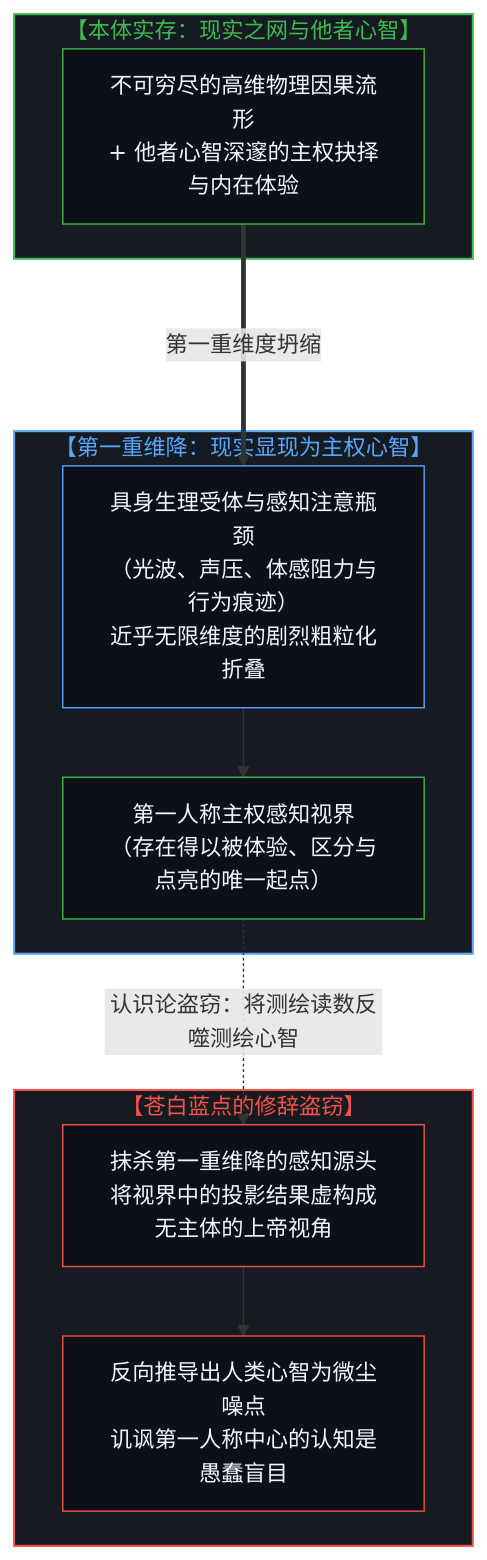
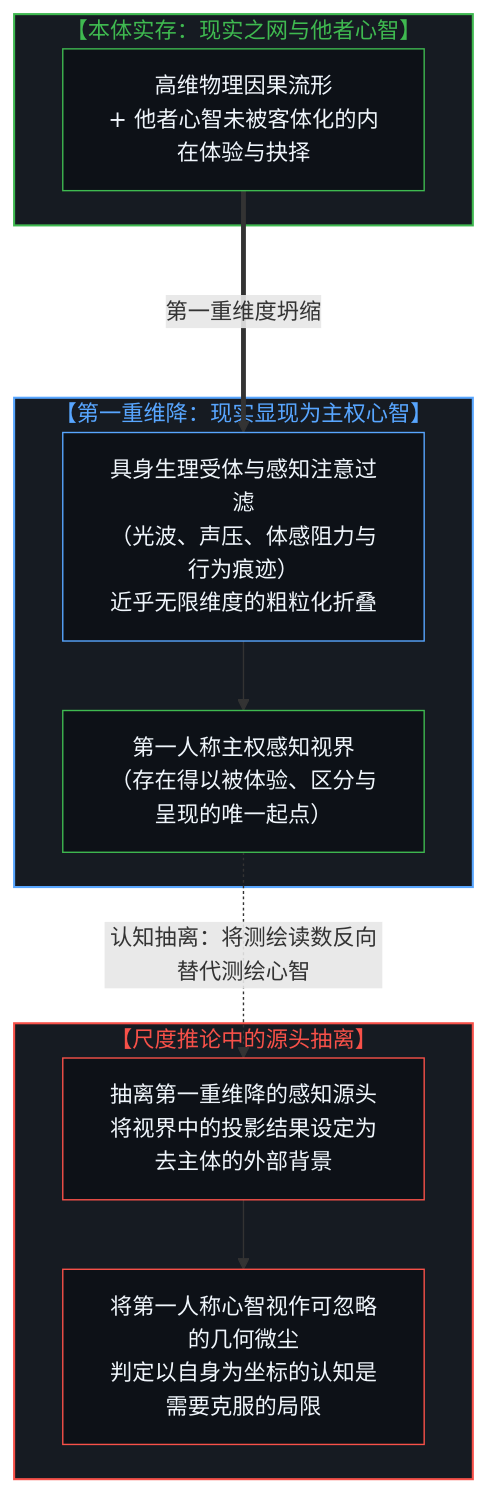
One commit to powerpig99/not-a-toe changed the first of 8 diagrams in content/posts/one-cannot-escape-ones-own-mind.md. Above: the diagram before and after it, drawn with Mermaid. The commit also changed other lines of this file and 2 other files, not shown here.

````diff
--- a/content/posts/one-cannot-escape-ones-own-mind.md
+++ b/content/posts/one-cannot-escape-ones-own-mind.md
@@ -13,30 +13,30 @@
 ```mermaid
 flowchart TD
     subgraph S_RealityOrigin ["【本体实存：现实之网与他者心智】"]
-        R1["不可穷尽的高维物理因果流形<br/>+ 他者心智深邃的主权抉择与内在体验"]
+        R1["高维物理因果流形<br/>+ 他者心智未被客体化的内在体验与抉择"]
     end
 
     subgraph S_FirstCollapse ["【第一重维降：现实显现为主权心智】"]
-        C1["具身生理受体与感知注意瓶颈<br/>（光波、声压、体感阻力与行为痕迹）<br/>近乎无限维度的剧烈粗粒化折叠"]
-        M1["第一人称主权感知视界<br/>（存在得以被体验、区分与点亮的唯一起点）"]
+        C1["具身生理受体与感知注意过滤<br/>（光波、声压、体感阻力与行为痕迹）<br/>近乎无限维度的粗粒化折叠"]
+        M1["第一人称主权感知视界<br/>（存在得以被体验、区分与呈现的唯一起点）"]
         C1 --> M1
     end
 
-    subgraph S_TheftInversion ["【苍白蓝点的修辞盗窃】"]
-        T1["抹杀第一重维降的感知源头<br/>将视界中的投影结果虚构成无主体的上帝视角"]
-        T2["反向推导出人类心智为微尘噪点<br/>讥讽第一人称中心的认知是愚蠢盲目"]
+    subgraph S_TheftInversion ["【尺度推论中的源头抽离】"]
+        T1["抽离第一重维降的感知源头<br/>将视界中的投影结果设定为去主体的外部背景"]
+        T2["将第一人称心智视作可忽略的几何微尘<br/>判定以自身为坐标的认知是需要克服的局限"]
         T1 --> T2
     end
 
     R1 ===>|"第一重维度坍缩"| C1
-    M1 -.->|"认识论盗窃：将测绘读数反噬测绘心智"| T1
+    M1 -.->|"认知抽离：将测绘读数反向替代测绘心智"| T1
 
     style S_RealityOrigin fill:#161b22,stroke:#3fb950,stroke-width:1.5px,color:#3fb950
     style S_FirstCollapse fill:#161b22,stroke:#58a6ff,stroke-width:1.5px,color:#58a6ff
     style S_TheftInversion fill:#161b22,stroke:#f85149,stroke-width:1.5px,color:#f85149
     style R1 fill:#0d1117,stroke:#3fb950,stroke-width:1px,color:#f0f6fc
     style C1 fill:#0d1117,stroke:#58a6ff,stroke-width:1px,color:#f0f6fc
     style M1 fill:#0d1117,stroke:#3fb950,stroke-width:1px,color:#f0f6fc
     style T1 fill:#0d1117,stroke:#f85149,stroke-width:1px,color:#f0f6fc
     style T2 fill:#0d1117,stroke:#f85149,stroke-width:1px,color:#f0f6fc
 ```
````
